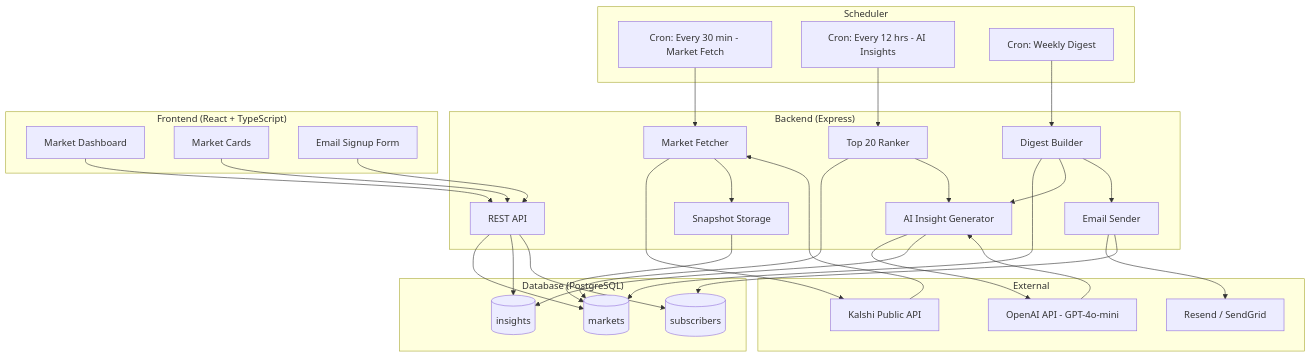
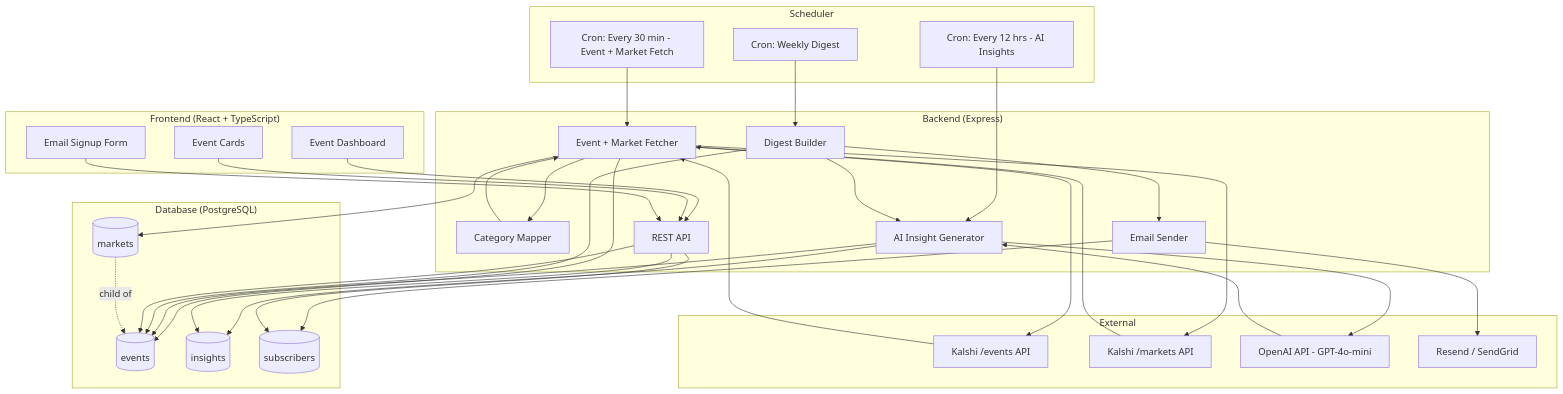
Before and after one commit to chakane0/eco: the first of 5 diagrams in README.md, drawn with Mermaid. The commit also changed other lines of this file and 5 other files, not shown here.

````diff
--- a/README.md
+++ b/README.md
@@ -13,64 +191,70 @@
 ```mermaid
 graph TD
     subgraph Scheduler
-        CRON30[Cron: Every 30 min - Market Fetch]
+        CRON30[Cron: Every 30 min - Event + Market Fetch]
         CRON12H[Cron: Every 12 hrs - AI Insights]
         CRONWEEK[Cron: Weekly Digest]
     end
 
     subgraph Backend["Backend (Express)"]
-        FETCHER[Market Fetcher]
-        SNAPSHOT[Snapshot Storage]
-        RANKER[Top 20 Ranker]
+        FETCHER[Event + Market Fetcher]
+        CATMAP[Category Mapper]
         AIGEN[AI Insight Generator]
         API[REST API]
         DIGEST[Digest Builder]
         EMAILER[Email Sender]
     end
 
     subgraph External
-        KALSHI[Kalshi Public API]
+        KALSHI_EVENTS[Kalshi /events API]
+        KALSHI_MARKETS[Kalshi /markets API]
         OPENAI[OpenAI API - GPT-4o-mini]
         EMAILSVC[Resend / SendGrid]
     end
 
     subgraph Storage["Database (PostgreSQL)"]
+        EVENTS[(events)]
         MARKETS[(markets)]
         INSIGHTS[(insights)]
         SUBSCRIBERS[(subscribers)]
     end
 
     subgraph Frontend["Frontend (React + TypeScript)"]
-        DASH[Market Dashboard]
-        CARDS[Market Cards]
+        DASH[Event Dashboard]
+        CARDS[Event Cards]
         SIGNUP[Email Signup Form]
     end
 
     CRON30 --> FETCHER
-    FETCHER --> KALSHI
-    KALSHI --> FETCHER
-    FETCHER --> SNAPSHOT
-    SNAPSHOT --> MARKETS
+    FETCHER --> KALSHI_EVENTS
+    KALSHI_EVENTS --> FETCHER
+    FETCHER --> CATMAP
+    CATMAP --> FETCHER
+    FETCHER --> KALSHI_MARKETS
+    KALSHI_MARKETS --> FETCHER
+    FETCHER --> EVENTS
+    FETCHER --> MARKETS
 
-    CRON12H --> RANKER
-    RANKER --> MARKETS
-    RANKER --> AIGEN
+    CRON12H --> AIGEN
+    AIGEN --> EVENTS
     AIGEN --> OPENAI
     OPENAI --> AIGEN
     AIGEN --> INSIGHTS
 
     CRONWEEK --> DIGEST
-    DIGEST --> MARKETS
+    DIGEST --> EVENTS
     DIGEST --> AIGEN
     DIGEST --> EMAILER
     EMAILER --> EMAILSVC
     EMAILER --> SUBSCRIBERS
 
-    API --> MARKETS
+    API --> EVENTS
     API --> INSIGHTS
     API --> SUBSCRIBERS
 
     DASH --> API
     CARDS --> API
     SIGNUP --> API
+
+    MARKETS -.->|child of| EVENTS
 ```
````
